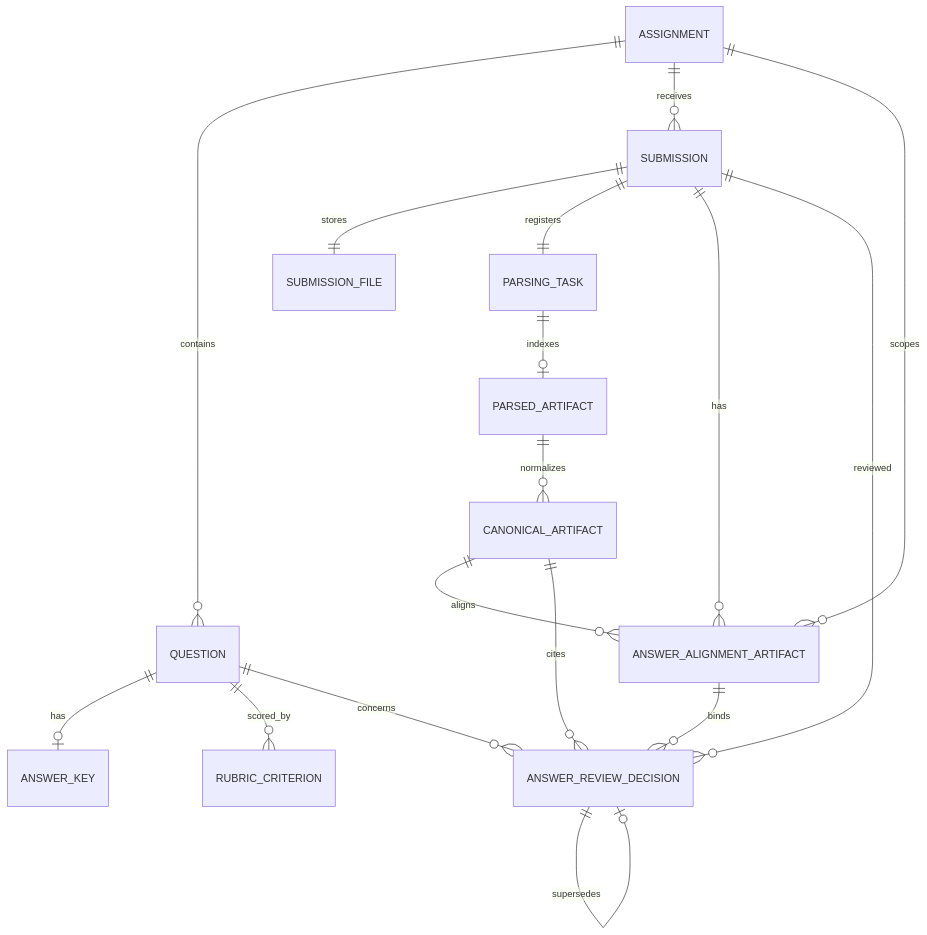
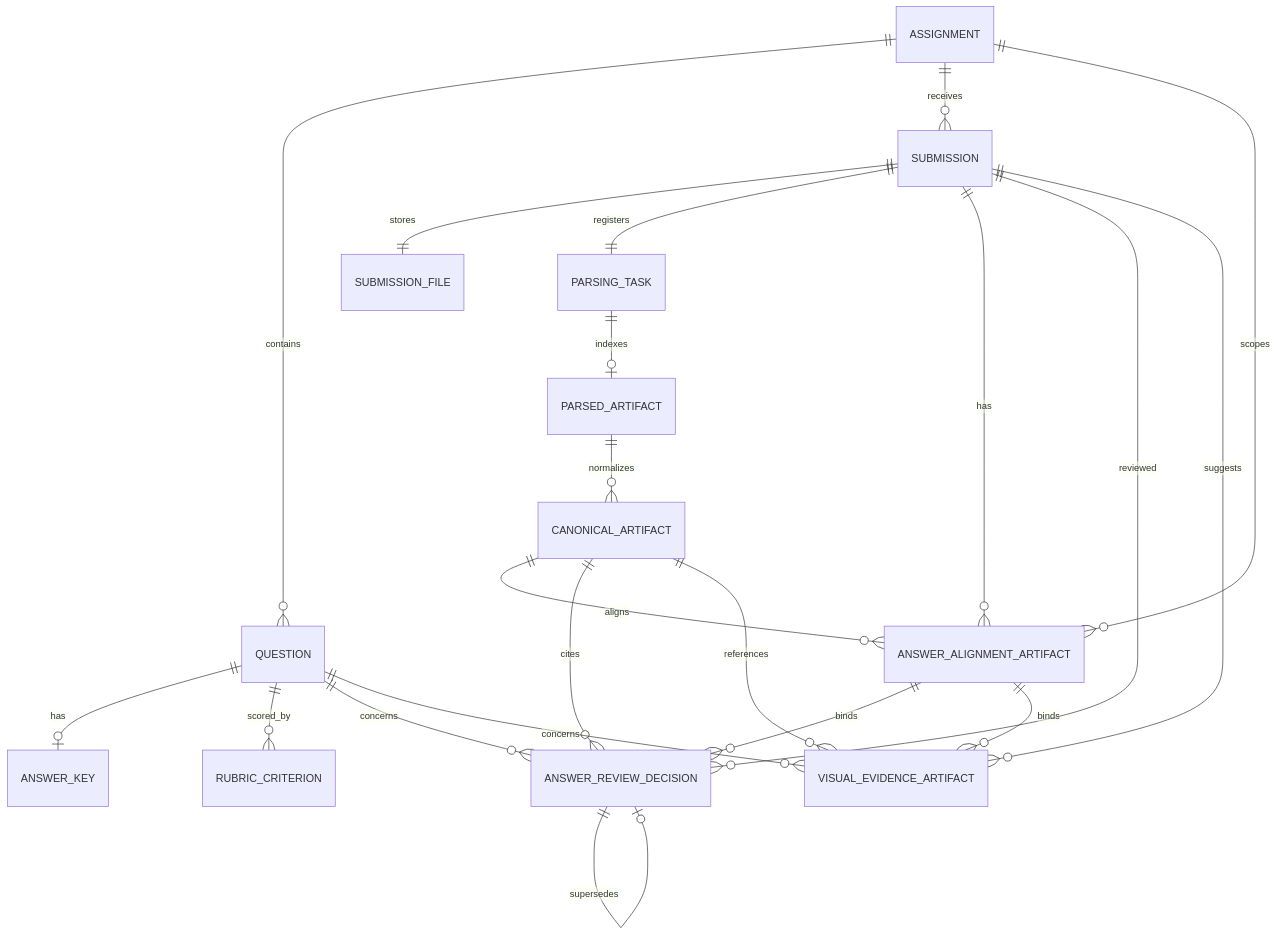
One commit to hvqo/huipi-cloud changed the diagram in docs/architecture.md. Above: the diagram before and after it, drawn with Mermaid. The commit also changed other lines of this file and 24 other files, not shown here.

````diff
--- a/docs/architecture.md
+++ b/docs/architecture.md
@@ -41,19 +63,23 @@
 ```mermaid
 erDiagram
     ASSIGNMENT ||--o{ QUESTION : contains
     QUESTION ||--o| ANSWER_KEY : has
     QUESTION ||--o{ RUBRIC_CRITERION : scored_by
     ASSIGNMENT ||--o{ SUBMISSION : receives
     SUBMISSION ||--|| SUBMISSION_FILE : stores
     SUBMISSION ||--|| PARSING_TASK : registers
     PARSING_TASK ||--o| PARSED_ARTIFACT : indexes
     PARSED_ARTIFACT ||--o{ CANONICAL_ARTIFACT : normalizes
     SUBMISSION ||--o{ ANSWER_ALIGNMENT_ARTIFACT : has
     ASSIGNMENT ||--o{ ANSWER_ALIGNMENT_ARTIFACT : scopes
     CANONICAL_ARTIFACT ||--o{ ANSWER_ALIGNMENT_ARTIFACT : aligns
     SUBMISSION ||--o{ ANSWER_REVIEW_DECISION : reviewed
     QUESTION ||--o{ ANSWER_REVIEW_DECISION : concerns
     ANSWER_ALIGNMENT_ARTIFACT ||--o{ ANSWER_REVIEW_DECISION : binds
     CANONICAL_ARTIFACT ||--o{ ANSWER_REVIEW_DECISION : cites
     ANSWER_REVIEW_DECISION ||--o| ANSWER_REVIEW_DECISION : supersedes
+    SUBMISSION ||--o{ VISUAL_EVIDENCE_ARTIFACT : suggests
+    QUESTION ||--o{ VISUAL_EVIDENCE_ARTIFACT : concerns
+    CANONICAL_ARTIFACT ||--o{ VISUAL_EVIDENCE_ARTIFACT : references
+    ANSWER_ALIGNMENT_ARTIFACT ||--o{ VISUAL_EVIDENCE_ARTIFACT : binds
 ```
````
